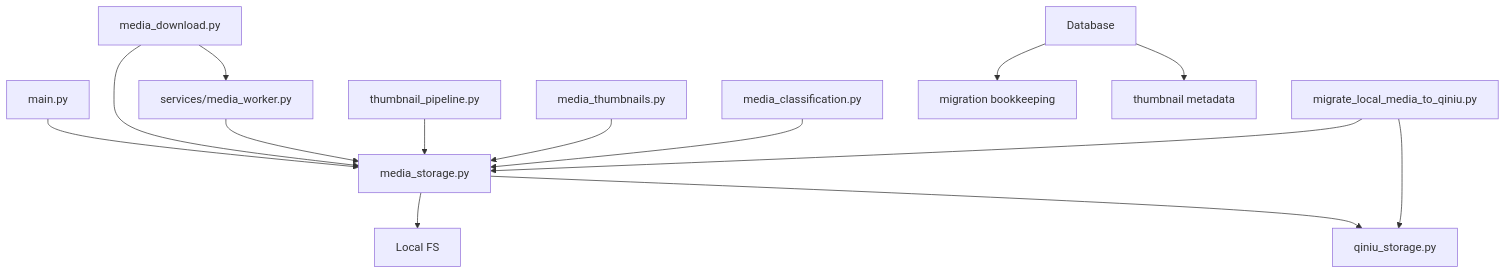
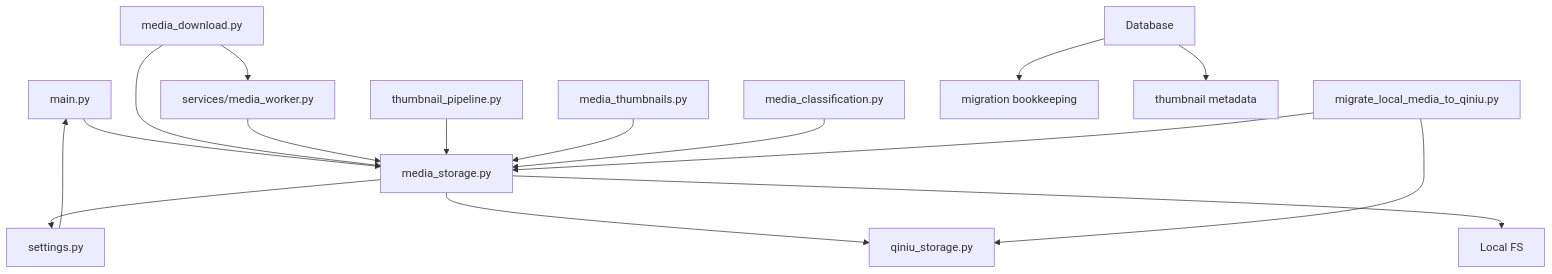
One commit to zuohaisu/wecom-archive changed diagram 11 of 11 in .qoder/repowiki/en/content/Architecture/Storage Abstraction Layer/Storage Abstraction Layer.md. Above: the diagram before and after it, drawn with Mermaid. The commit also changed other lines of this file and 97 other files, not shown here.

````diff
--- a/.qoder/repowiki/en/content/Architecture/Storage Abstraction Layer/Storage Abstraction Layer.md
+++ b/.qoder/repowiki/en/content/Architecture/Storage Abstraction Layer/Storage Abstraction Layer.md
@@ -409,16 +463,18 @@
 ```mermaid
 graph TB
 Main["main.py"] --> Storage["media_storage.py"]
 Storage --> Local["Local FS"]
 Storage --> Qiniu["qiniu_storage.py"]
+Storage --> Settings["settings.py"]
 Download["media_download.py"] --> Storage
 Download --> Worker["services/media_worker.py"]
 Worker --> Storage
 Thumb["thumbnail_pipeline.py"] --> Storage
 Meta["media_thumbnails.py"] --> Storage
 Classify["media_classification.py"] --> Storage
 MigScript["migrate_local_media_to_qiniu.py"] --> Storage
 MigScript --> Qiniu
 DB["Database"] --> MigBook["migration bookkeeping"]
 DB --> ThumbMeta["thumbnail metadata"]
+Settings --> Main
 ```
````
